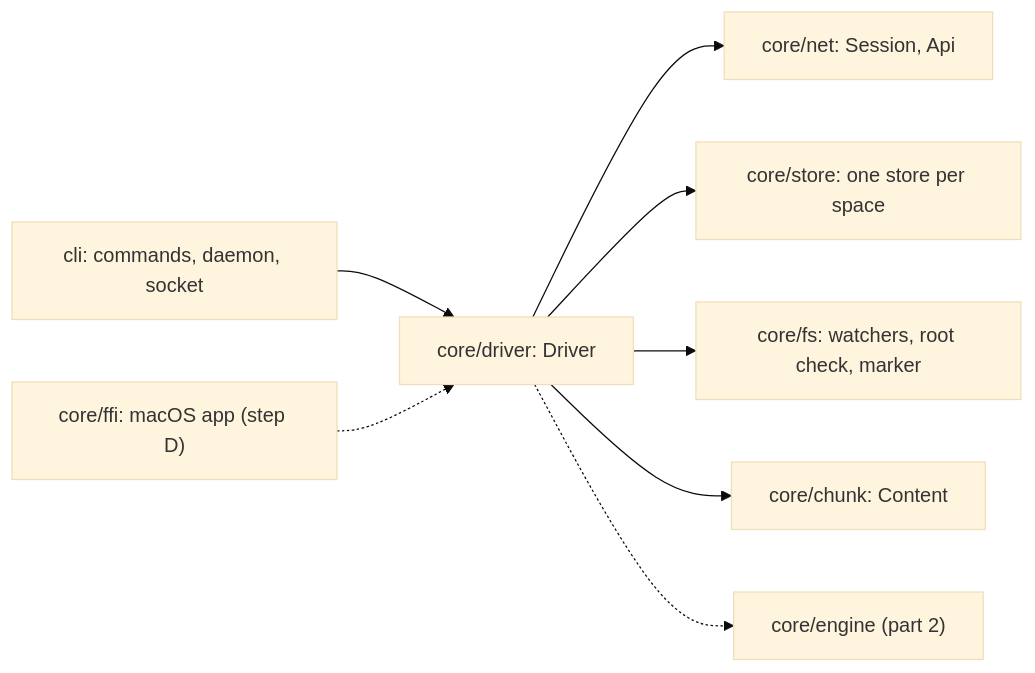
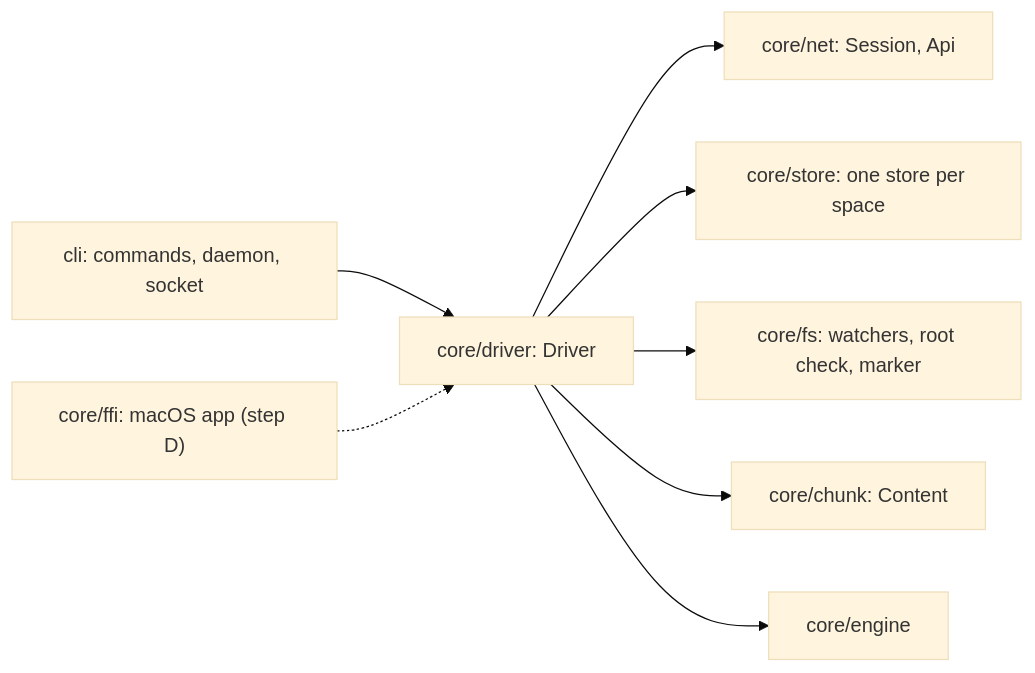
Before and after one commit to flarebox-dev/flarebox: the diagram in docs/design/driver.md, drawn with Mermaid (base theme). The commit also changed other lines of this file and 6 other files, not shown here.

````diff
--- a/docs/design/driver.md
+++ b/docs/design/driver.md
@@ -7,10 +7,10 @@
 ```mermaid
 flowchart LR
   CLI["cli: commands, daemon, socket"] --> D["core/driver: Driver"]
   APP["core/ffi: macOS app (step D)"] -.-> D
   D --> NET["core/net: Session, Api"]
   D --> ST["core/store: one store per space"]
   D --> FS["core/fs: watchers, root check, marker"]
   D --> CH["core/chunk: Content"]
-  D -.-> E["core/engine (part 2)"]
+  D --> E["core/engine"]
 ```
````
